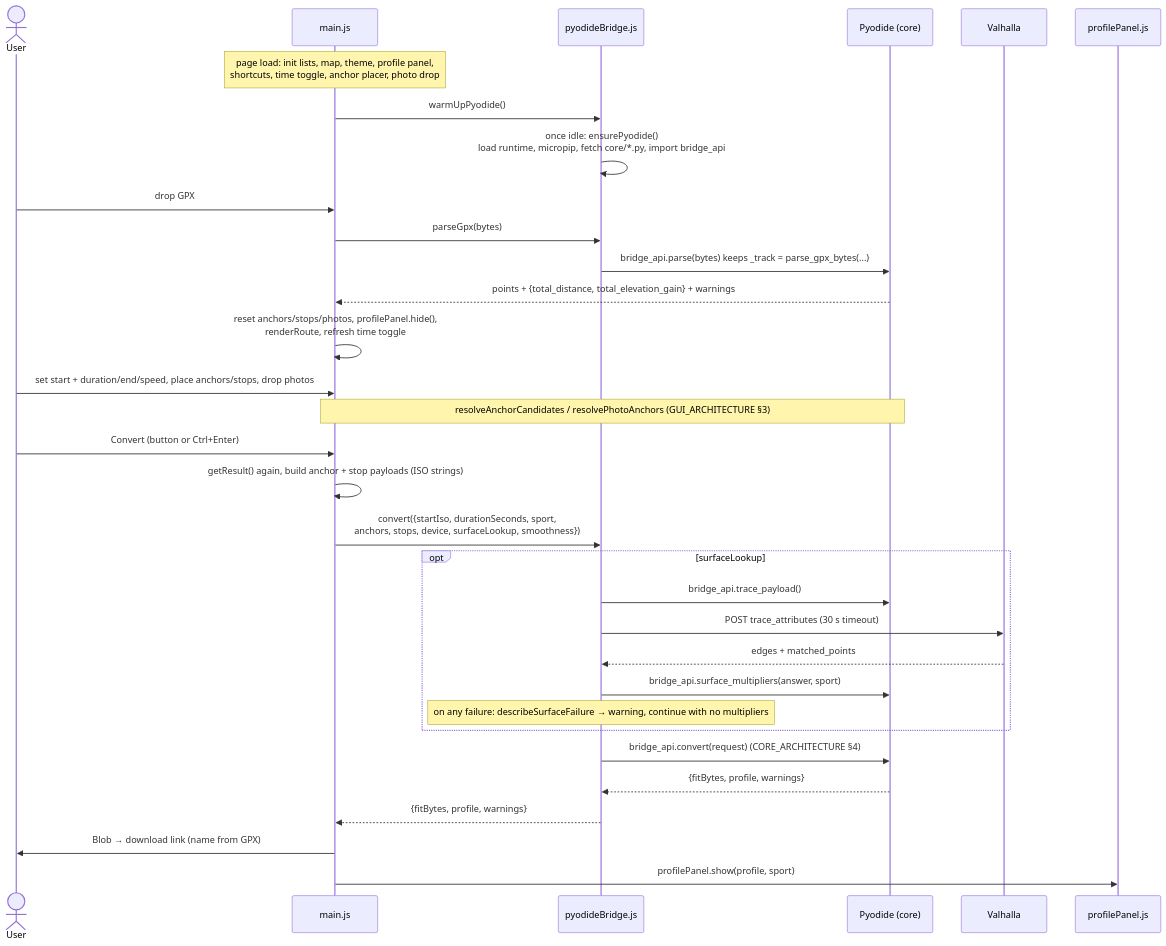
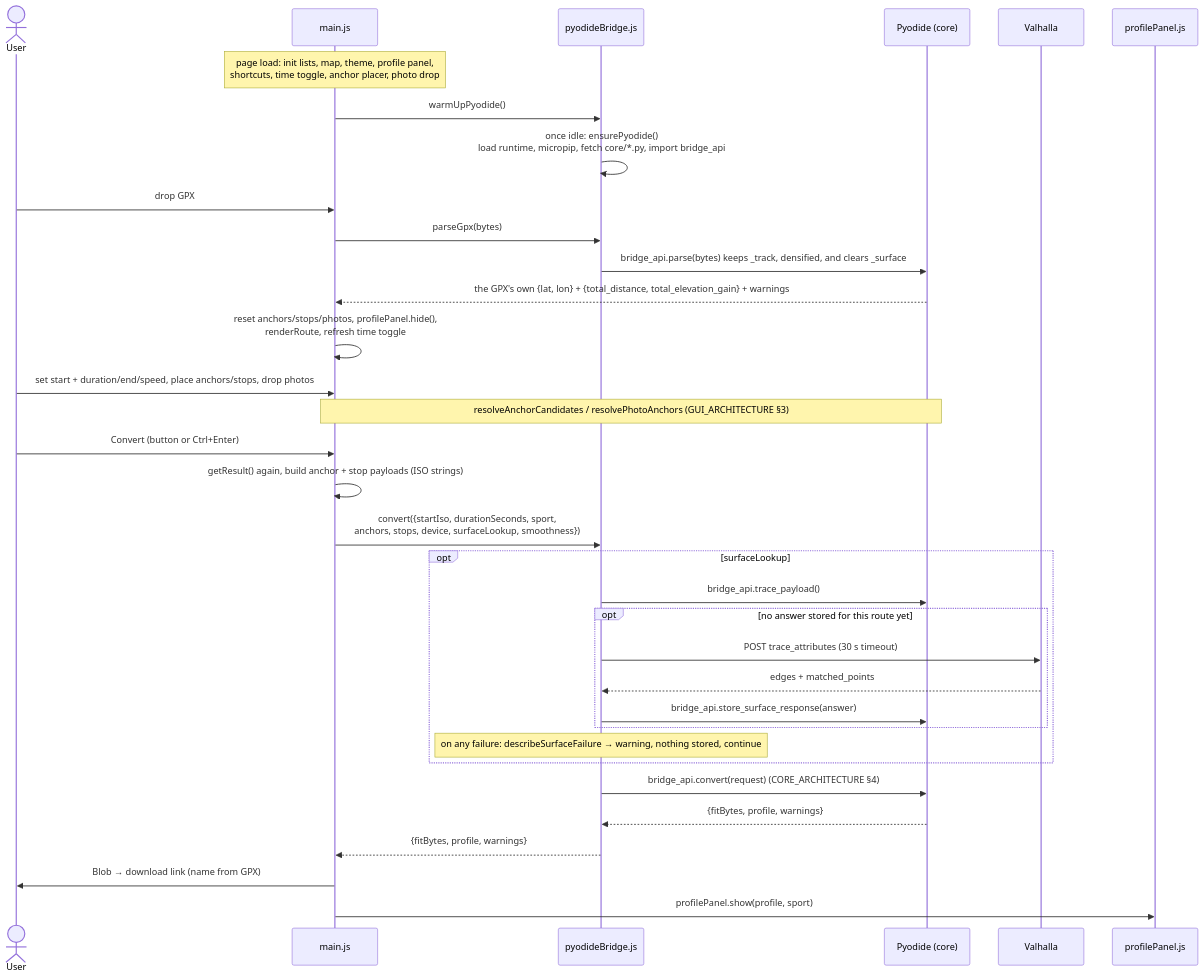
Before and after one commit to martin-iflap/GPX_to_FIT: the second of 3 diagrams in docs/ARCHITECTURE.md, drawn with Mermaid. The commit also changed other lines of this file and 13 other files, not shown here.

Commit message:
1/2 of backend architecture, bug and performance checks and fixes.

````diff
--- a/docs/ARCHITECTURE.md
+++ b/docs/ARCHITECTURE.md
@@ -233,35 +252,37 @@
 ```mermaid
 sequenceDiagram
   actor U as User
   participant Main as main.js
   participant B as pyodideBridge.js
   participant Py as Pyodide (core)
   participant V as Valhalla
   participant PP as profilePanel.js
 
   Note over Main: page load: init lists, map, theme, profile panel,<br/>shortcuts, time toggle, anchor placer, photo drop
   Main->>B: warmUpPyodide()
   B->>B: once idle: ensurePyodide()<br/>load runtime, micropip, fetch core/*.py, import bridge_api
   U->>Main: drop GPX
   Main->>B: parseGpx(bytes)
-  B->>Py: bridge_api.parse(bytes) keeps _track = parse_gpx_bytes(...)
-  Py-->>Main: points + {total_distance, total_elevation_gain} + warnings
+  B->>Py: bridge_api.parse(bytes) keeps _track, densified, and clears _surface
+  Py-->>Main: the GPX's own {lat, lon} + {total_distance, total_elevation_gain} + warnings
   Main->>Main: reset anchors/stops/photos, profilePanel.hide(),<br/>renderRoute, refresh time toggle
   U->>Main: set start + duration/end/speed, place anchors/stops, drop photos
   Note over Main,Py: resolveAnchorCandidates / resolvePhotoAnchors (GUI_ARCHITECTURE §3)
   U->>Main: Convert (button or Ctrl+Enter)
   Main->>Main: getResult() again, build anchor + stop payloads (ISO strings)
   Main->>B: convert({startIso, durationSeconds, sport,<br/>anchors, stops, device, surfaceLookup, smoothness})
   opt surfaceLookup
     B->>Py: bridge_api.trace_payload()
-    B->>V: POST trace_attributes (30 s timeout)
-    V-->>B: edges + matched_points
-    B->>Py: bridge_api.surface_multipliers(answer, sport)
-    Note over B: on any failure: describeSurfaceFailure → warning, continue with no multipliers
+    opt no answer stored for this route yet
+      B->>V: POST trace_attributes (30 s timeout)
+      V-->>B: edges + matched_points
+      B->>Py: bridge_api.store_surface_response(answer)
+    end
+    Note over B: on any failure: describeSurfaceFailure → warning, nothing stored, continue
   end
   B->>Py: bridge_api.convert(request) (CORE_ARCHITECTURE §4)
   Py-->>B: {fitBytes, profile, warnings}
   B-->>Main: {fitBytes, profile, warnings}
   Main->>U: Blob → download link (name from GPX)
   Main->>PP: profilePanel.show(profile, sport)
 ```
````
